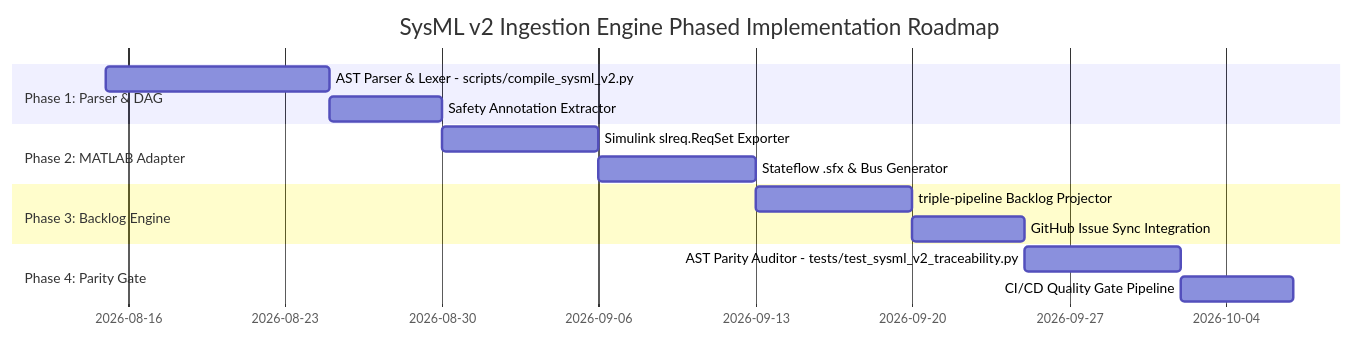
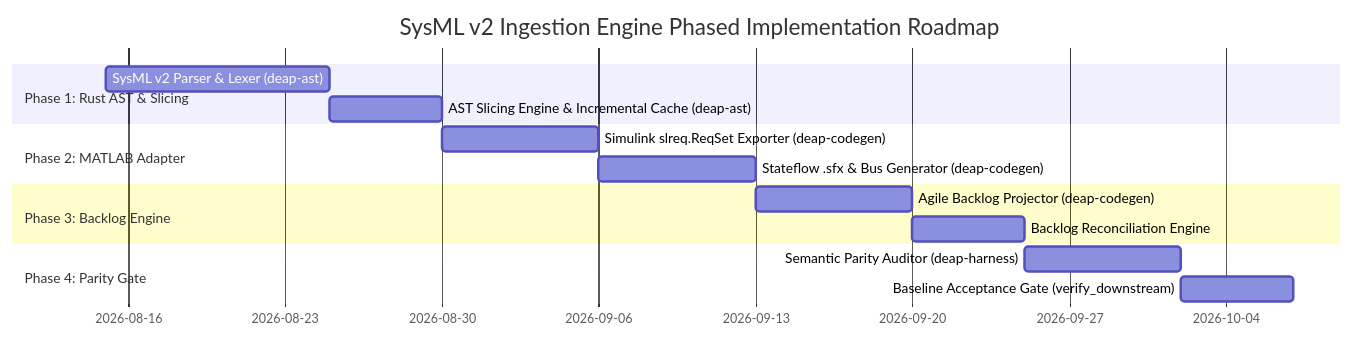
The eighth of 8 diagrams in docs/architecture/blueprints/DEAP_SYSML_V2_INGESTION_ENGINE_BLUEPRINT.md (gintatkinson/DEAP01-spec-core), drawn with Mermaid before and after one commit. The commit also changed other lines of this file and 34 other files, not shown here.

Commit message:
docs(architecture): decontaminate reference blueprints and establish master execution plan (refs #405, refs #406)

````diff
--- a/docs/architecture/blueprints/DEAP_SYSML_V2_INGESTION_ENGINE_BLUEPRINT.md
+++ b/docs/architecture/blueprints/DEAP_SYSML_V2_INGESTION_ENGINE_BLUEPRINT.md
@@ -380,17 +555,17 @@
 ```mermaid
 gantt
     title SysML v2 Ingestion Engine Phased Implementation Roadmap
     dateFormat  YYYY-MM-DD
-    section Phase 1: Parser & DAG
-    AST Parser & Lexer - scripts/compile_sysml_v2.py :p1a, 2026-08-15, 10d
-    Safety Annotation Extractor                      :p1b, after p1a, 5d
+    section Phase 1: Rust AST & Slicing
+    SysML v2 Parser & Lexer (deap-ast)               :p1a, 2026-08-15, 10d
+    AST Slicing Engine & Incremental Cache (deap-ast):p1b, after p1a, 5d
     section Phase 2: MATLAB Adapter
-    Simulink slreq.ReqSet Exporter                   :p2a, after p1b, 7d
-    Stateflow .sfx & Bus Generator                   :p2b, after p2a, 7d
+    Simulink slreq.ReqSet Exporter (deap-codegen)    :p2a, after p1b, 7d
+    Stateflow .sfx & Bus Generator (deap-codegen)    :p2b, after p2a, 7d
     section Phase 3: Backlog Engine
-    triple-pipeline Backlog Projector                 :p3a, after p2b, 7d
-    GitHub Issue Sync Integration                    :p3b, after p3a, 5d
+    Agile Backlog Projector (deap-codegen)           :p3a, after p2b, 7d
+    Backlog Reconciliation Engine                    :p3b, after p3a, 5d
     section Phase 4: Parity Gate
-    AST Parity Auditor - tests/test_sysml_v2_traceability.py :p4a, after p3b, 7d
-    CI/CD Quality Gate Pipeline                      :p4b, after p4a, 5d
+    Semantic Parity Auditor (deap-harness)           :p4a, after p3b, 7d
+    Baseline Acceptance Gate (verify_downstream)     :p4b, after p4a, 5d
 ```
````
